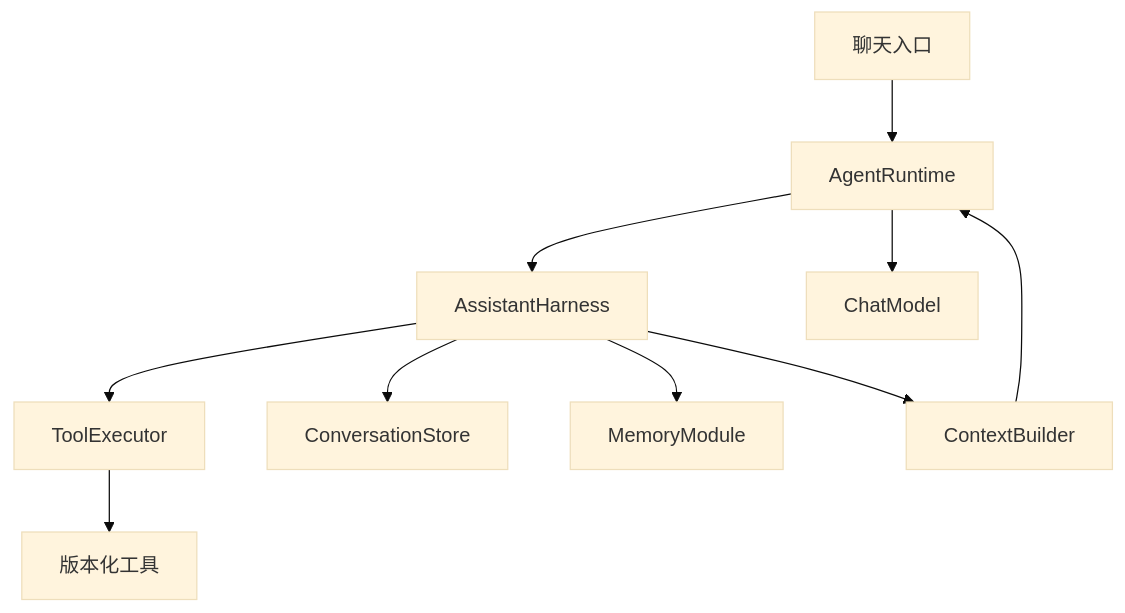
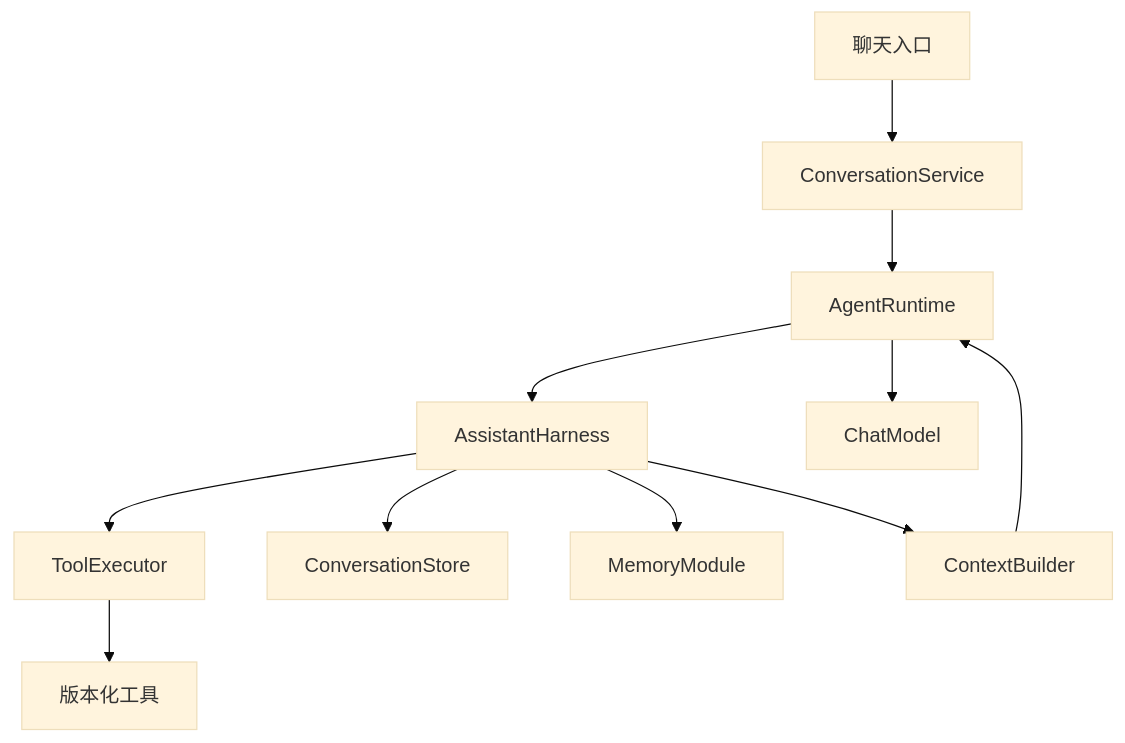
The diagram in README.md (DiG-sudo/personal-assistant), drawn with Mermaid (base theme) before and after one commit. The commit also changed other lines of this file and 68 other files, not shown here.

````diff
--- a/README.md
+++ b/README.md
@@ -46,12 +50,13 @@
 ```mermaid
 flowchart TD
-    A[聊天入口] --> C[AgentRuntime]
+    A[聊天入口] --> S[ConversationService]
+    S --> C[AgentRuntime]
     C --> B[AssistantHarness]
     C --> D[ChatModel]
     B --> E[ToolExecutor]
     E --> F[版本化工具]
     B --> G[ConversationStore]
     B --> H[MemoryModule]
     B --> I[ContextBuilder]
     I --> C
 ```
````
